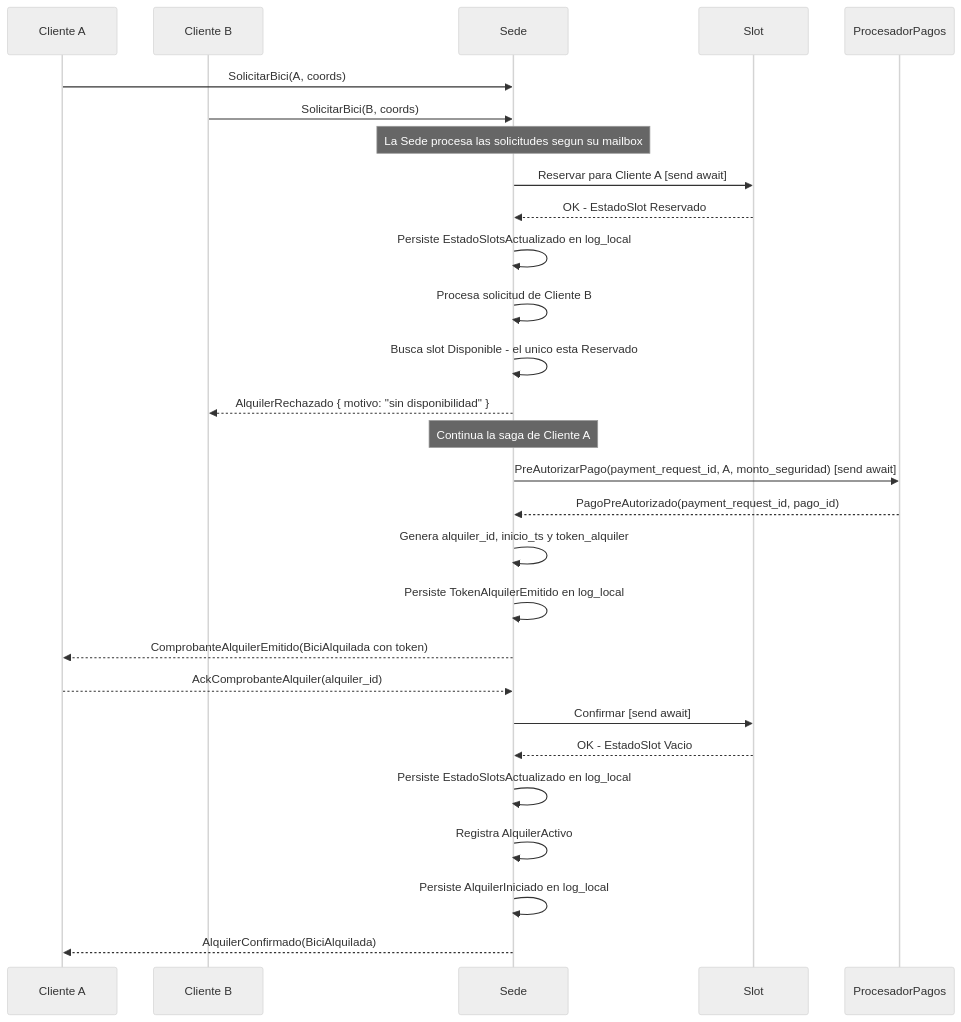
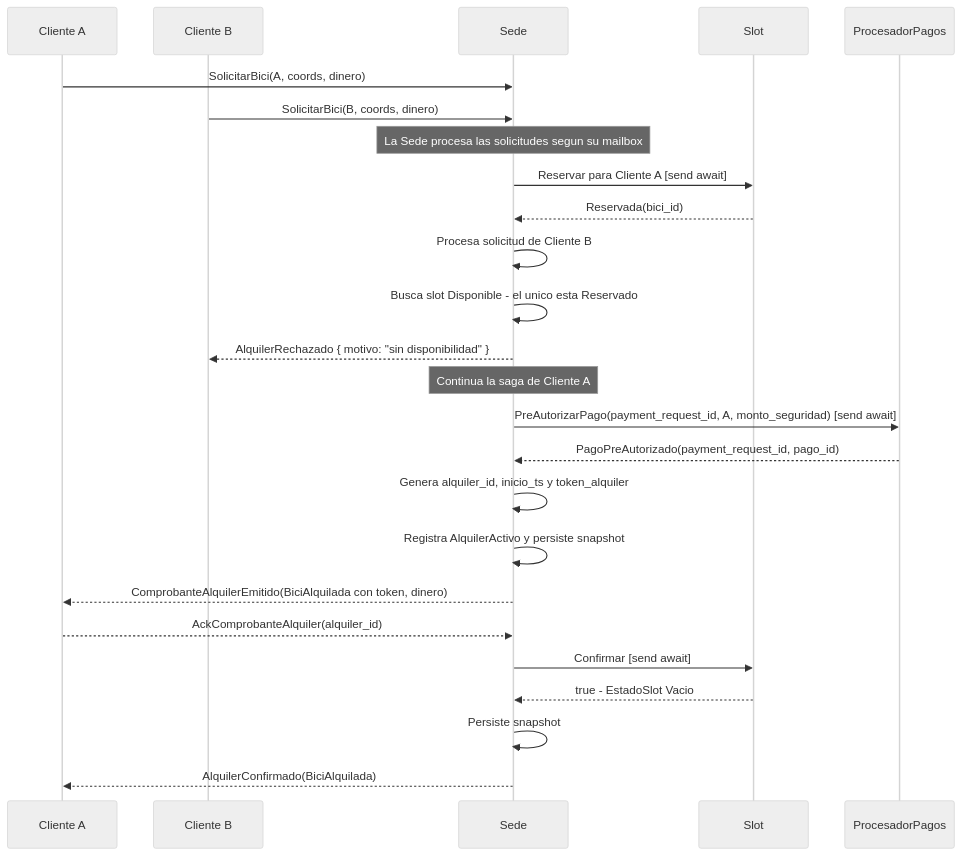
Before and after one commit to Jmenechian/distributed-bike-sharing: the seventh of 14 diagrams in README.md, drawn with Mermaid (neutral theme). The commit also changed other lines of this file, not shown here.

````diff
--- a/README.md
+++ b/README.md
@@ -1215,36 +1063,33 @@
 ```mermaid
 sequenceDiagram
     participant ClienteA as Cliente A
     participant ClienteB as Cliente B
     participant Sede
     participant Slot
     participant ProcesadorPagos
 
-    ClienteA->>Sede: SolicitarBici(A, coords)
-    ClienteB->>Sede: SolicitarBici(B, coords)
+    ClienteA->>Sede: SolicitarBici(A, coords, dinero)
+    ClienteB->>Sede: SolicitarBici(B, coords, dinero)
 
     Note over Sede: La Sede procesa las solicitudes segun su mailbox
     Sede->>Slot: Reservar para Cliente A [send await]
-    Slot-->>Sede: OK - EstadoSlot Reservado
-    Sede->>Sede: Persiste EstadoSlotsActualizado en log_local
+    Slot-->>Sede: Reservada(bici_id)
 
     Sede->>Sede: Procesa solicitud de Cliente B
     Sede->>Sede: Busca slot Disponible - el unico esta Reservado
     Sede-->>ClienteB: AlquilerRechazado { motivo: "sin disponibilidad" }
 
     Note over Sede: Continua la saga de Cliente A
     Sede->>ProcesadorPagos: PreAutorizarPago(payment_request_id, A, monto_seguridad) [send await]
     ProcesadorPagos-->>Sede: PagoPreAutorizado(payment_request_id, pago_id)
 
     Sede->>Sede: Genera alquiler_id, inicio_ts y token_alquiler
-    Sede->>Sede: Persiste TokenAlquilerEmitido en log_local
-    Sede-->>ClienteA: ComprobanteAlquilerEmitido(BiciAlquilada con token)
+    Sede->>Sede: Registra AlquilerActivo y persiste snapshot
+    Sede-->>ClienteA: ComprobanteAlquilerEmitido(BiciAlquilada con token, dinero)
     ClienteA-->>Sede: AckComprobanteAlquiler(alquiler_id)
 
     Sede->>Slot: Confirmar [send await]
-    Slot-->>Sede: OK - EstadoSlot Vacio
-    Sede->>Sede: Persiste EstadoSlotsActualizado en log_local
-    Sede->>Sede: Registra AlquilerActivo
-    Sede->>Sede: Persiste AlquilerIniciado en log_local
+    Slot-->>Sede: true - EstadoSlot Vacio
+    Sede->>Sede: Persiste snapshot
     Sede-->>ClienteA: AlquilerConfirmado(BiciAlquilada)
 ```
````
